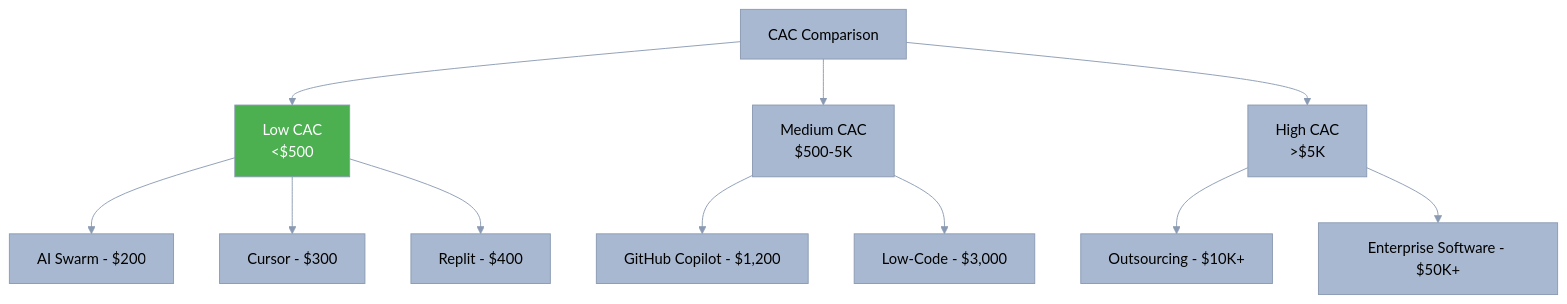
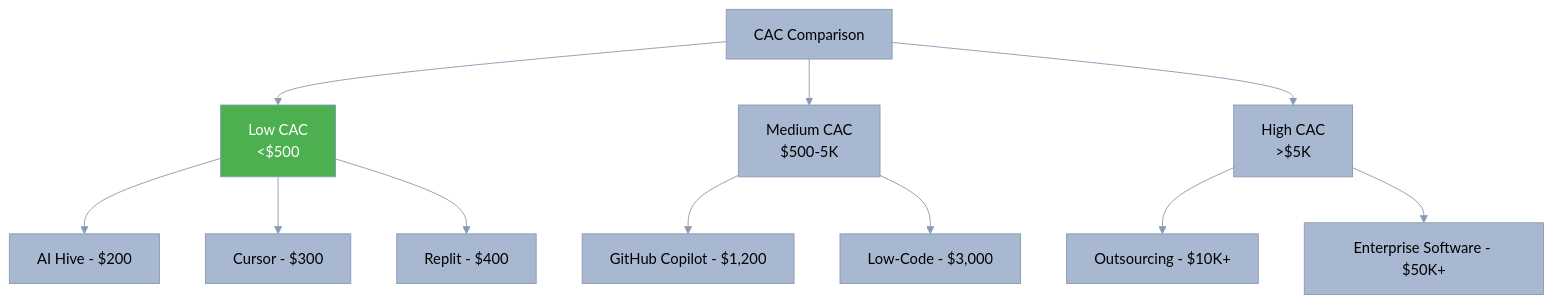
One commit to o2alexanderfedin/AI-Hive-Business-Docs changed diagram 14 of 18 in business-documents/competitive-positioning/02-competitive-landscape.md. Above: the diagram before and after it, drawn with Mermaid. The commit also changed other lines of this file and 22 other files, not shown here.

First line of the commit message:
Replace all references from 'AI Swarm' to 'AI Hive' across project

````diff
--- a/business-documents/competitive-positioning/02-competitive-landscape.md
+++ b/business-documents/competitive-positioning/02-competitive-landscape.md
@@ -768,30 +768,30 @@
 ```mermaid
 %%{init: {
   'theme': 'base',
   'themeVariables': {
     'primaryColor': '#A8B8D0',
     'primaryTextColor': '#000000',
     'primaryBorderColor': '#8A9AB2',
     'lineColor': '#8A9AB2',
     'secondaryColor': '#5DBCB6',
     'tertiaryColor': '#84D4F5',
     'background': '#F5F5F5'
   }
 }}%%
 graph TD
     A[CAC Comparison] --> B[Low CAC<br/><$500]
     A --> C[Medium CAC<br/>$500-5K]
     A --> D[High CAC<br/>>$5K]
 
-    B --> B1[AI Swarm - $200]
+    B --> B1[AI Hive - $200]
     B --> B2[Cursor - $300]
     B --> B3[Replit - $400]
 
     C --> C1[GitHub Copilot - $1,200]
     C --> C2[Low-Code - $3,000]
 
     D --> D1[Outsourcing - $10K+]
     D --> D2[Enterprise Software - $50K+]
 
     style B fill:#4CAF50,color:#fff
 ```
````
